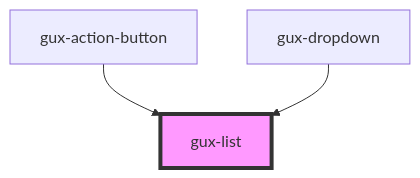
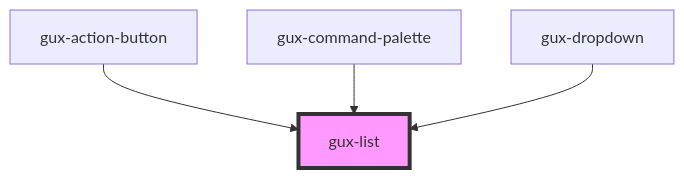
One commit to MyPureCloud/genesys-spark changed the diagram in src/components/global/gux-list/readme.md. Above: the diagram before and after it, drawn with Mermaid. The commit also changed other lines of this file and 11 other files, not shown here.

Commit message:
feat(command-palette): initial creation of component

````diff
--- a/src/components/global/gux-list/readme.md
+++ b/src/components/global/gux-list/readme.md
@@ -43,6 +44,7 @@
 ```mermaid
 graph TD;
   gux-action-button --> gux-list
+  gux-command-palette --> gux-list
   gux-dropdown --> gux-list
   style gux-list fill:#f9f,stroke:#333,stroke-width:4px
 ```
````
